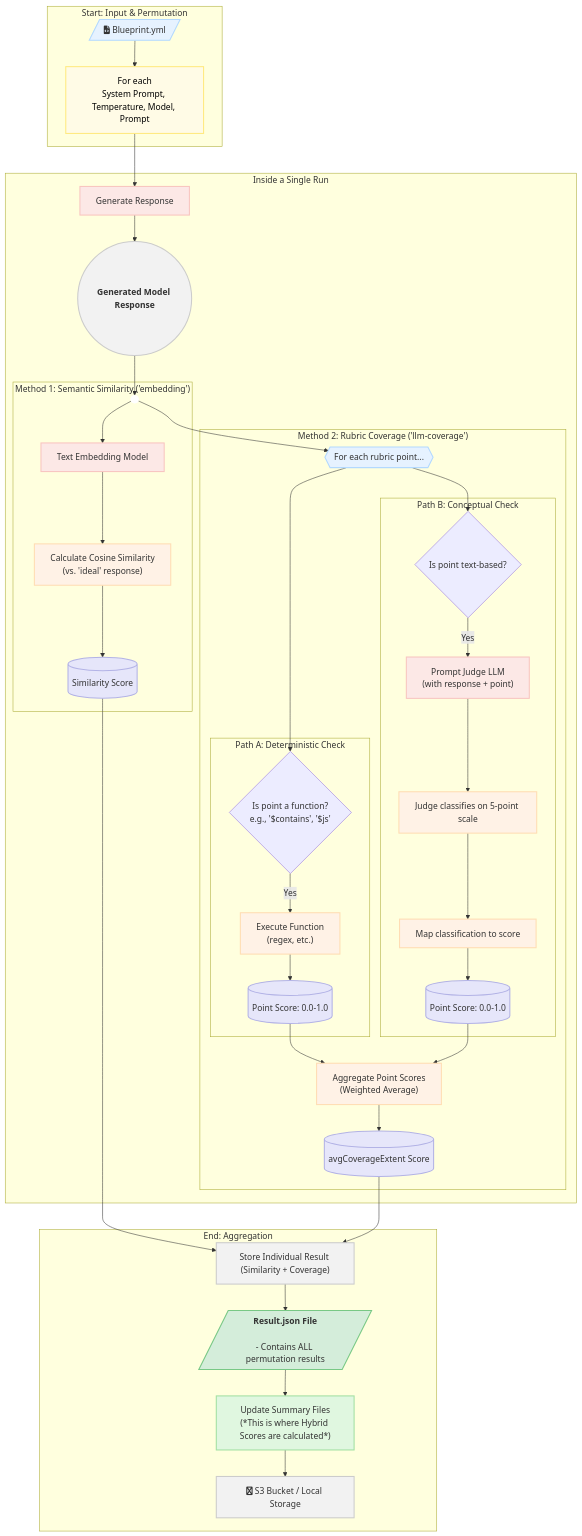
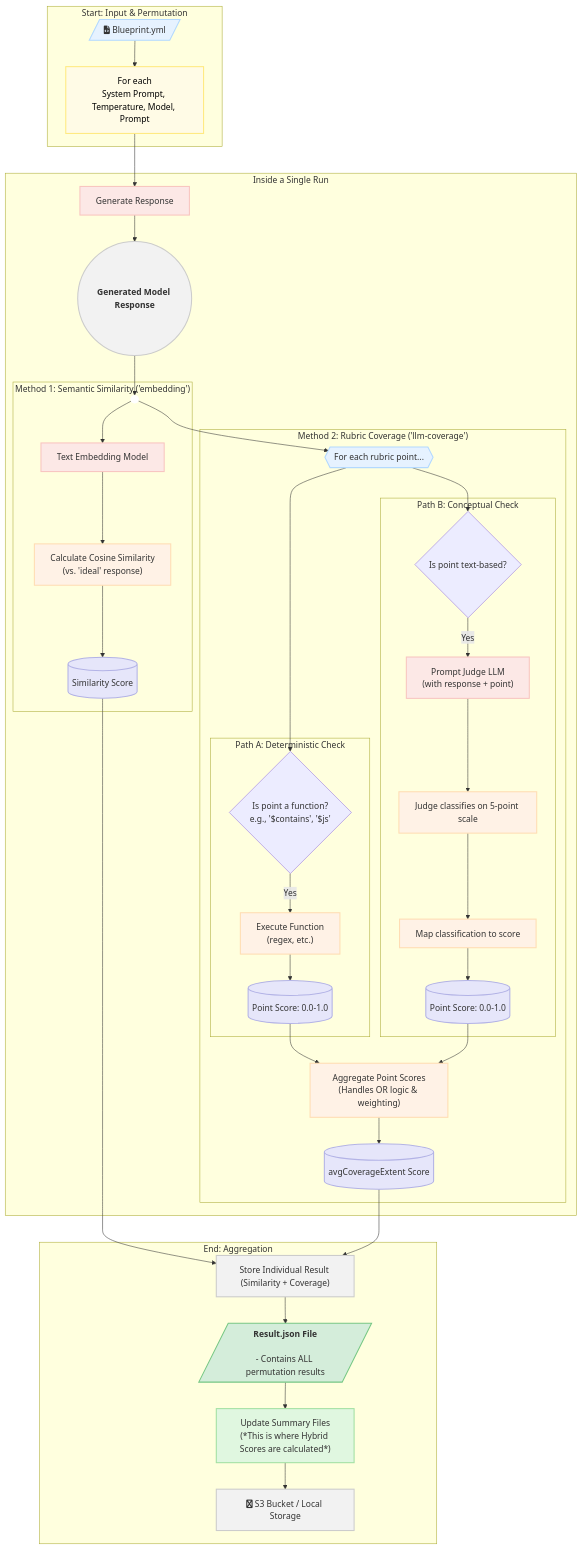
Before and after one commit to weval-org/app: the third of 3 diagrams in docs/ARCHITECTURE.md, drawn with Mermaid. The commit also changed other lines of this file and 11 other files, not shown here.

````diff
--- a/docs/ARCHITECTURE.md
+++ b/docs/ARCHITECTURE.md
@@ -104,80 +104,80 @@
 ```mermaid
 graph TD;
     %% Styles
     classDef input fill:#e6f2ff,stroke:#b3d9ff,stroke-width:2px;
     classDef process fill:#e0f7e0,stroke:#a3e0a3,stroke-width:2px;
     classDef loop fill:#fffbe6,stroke:#ffea80,stroke-width:2px,color:black;
     classDef data fill:#f2f2f2,stroke:#ccc,stroke-width:2px;
     classDef eval fill:#fff2e6,stroke:#ffddb3,stroke-width:2px;
     classDef llm fill:#fce8e6,stroke:#f8c5c0,stroke-width:2px;
     classDef score fill:#e6e6fa,stroke:#b3b3e6,stroke-width:2px;
     classDef final fill:#d4edda,stroke:#78c885,stroke-width:2px;
 
     %% --- 1. Blueprint Definition & Parsing ---
     subgraph "Start: Input & Permutation"
         A[/"fa:fa-file-code Blueprint.yml"/]:::input;
         Loop["For each<br>System Prompt, Temperature, Model, Prompt"]:::loop;
         A --> Loop;
     end
 
     %% --- 2. Single Run Execution ---
     subgraph "Inside a Single Run"
         D["Generate Response"]:::llm;
         Loop --> D;
         E(("<div style='font-weight:bold'>Generated Model Response</div>")):::data;
         D --> E;
         
         E_split(( ))
         style E_split fill:#fff,stroke:#fff
         E --> E_split
 
         subgraph "Method 1: Semantic Similarity ('embedding')"
             H["Text Embedding Model"]:::llm;
             I["Calculate Cosine Similarity<br>(vs. 'ideal' response)"]:::eval;
             J[("Similarity Score")]:::score;
             E_split --> H --> I --> J;
         end
 
         subgraph "Method 2: Rubric Coverage ('llm-coverage')"
             K{{"For each rubric point..."}}:::input;
             E_split --> K;
 
             subgraph "Path A: Deterministic Check"
                 L{"Is point a function?<br>e.g., '$contains', '$js'"}
                 M["Execute Function<br>(regex, etc.)"]:::eval;
                 N[("Point Score: 0.0-1.0")]:::score;
                 L -- Yes --> M --> N;
             end
 
             subgraph "Path B: Conceptual Check"
                 O{"Is point text-based?"}
                 P["Prompt Judge LLM<br>(with response + point)"]:::llm;
                 Q["Judge classifies on 5-point scale"]:::eval;
                 R["Map classification to score"]:::eval;
                 S[("Point Score: 0.0-1.0")]:::score;
                 O -- Yes --> P --> Q --> R --> S;
             end
             
             K --> L & O;
 
-            T["Aggregate Point Scores<br>(Weighted Average)"]:::eval;
+            T["Aggregate Point Scores<br>(Handles OR logic & weighting)"]:::eval;
             U[("avgCoverageExtent Score")]:::score;
             N --> T;
             S --> T;
             T --> U;
         end
     end
 
     V["Store Individual Result (Similarity + Coverage)"]:::data;
     J --> V;
     U --> V;
 
     %% --- 3. Final Aggregation & Storage (Post-Loop) ---
     subgraph "End: Aggregation"
         W[/"<div style='font-weight:bold'>Result.json File</div><br/>- Contains ALL permutation results"/]:::final;
         X["Update Summary Files<br>(*This is where Hybrid Scores are calculated*)"]:::process;
         Y["fa:fa-aws S3 Bucket / Local Storage"]:::data;
         
         V --> W --> X --> Y;
     end
 ```
````
